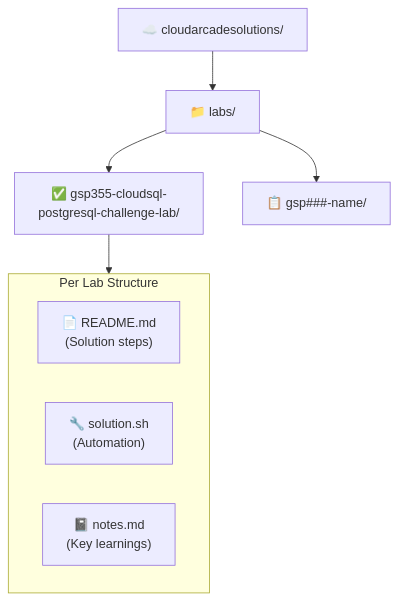
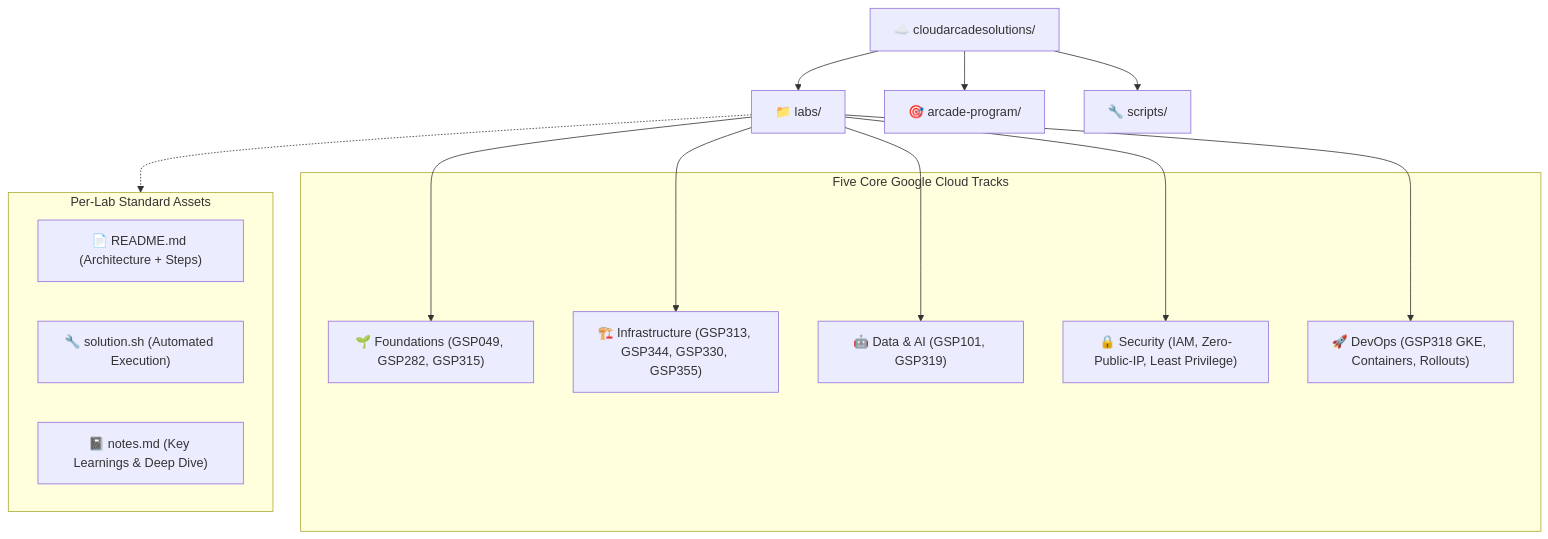
The diagram in README.md (harinish45/cloudarcadesolutions), drawn with Mermaid before and after one commit. The commit also changed other lines of this file and 43 other files, not shown here.

Commit message:
feat: complete all missing Google Cloud Arcade lab solutions, guides, and validation tooling

````diff
--- a/README.md
+++ b/README.md
@@ -21,18 +23,31 @@
 ```mermaid
-graph TB
+graph TD
     Root["☁️ cloudarcadesolutions/"]
     Labs["📁 labs/"]
-    Lab1["✅ gsp355-cloudsql-\npostgresql-challenge-lab/"]
-    LabN["📋 gsp###-name/"]
+    Arcade["🎯 arcade-program/"]
+    Scripts["🔧 scripts/"]
 
-    subgraph LabStructure["Per Lab Structure"]
-        Readme["📄 README.md\n(Solution steps)"]
-        Script["🔧 solution.sh\n(Automation)"]
-        Notes["📓 notes.md\n(Key learnings)"]
+    subgraph TrackStructure["Five Core Google Cloud Tracks"]
+        Foundations["🌱 Foundations (GSP049, GSP282, GSP315)"]
+        Infra["🏗️ Infrastructure (GSP313, GSP344, GSP330, GSP355)"]
+        DataAI["🤖 Data & AI (GSP101, GSP319)"]
+        Security["🔒 Security (IAM, Zero-Public-IP, Least Privilege)"]
+        DevOps["🚀 DevOps (GSP318 GKE, Containers, Rollouts)"]
+    end
+
+    subgraph LabStandard["Per-Lab Standard Assets"]
+        Readme["📄 README.md (Architecture + Steps)"]
+        Script["🔧 solution.sh (Automated Execution)"]
+        Notes["📓 notes.md (Key Learnings & Deep Dive)"]
     end
 
     Root --> Labs
-    Labs --> Lab1
-    Labs --> LabN
-    Lab1 --> LabStructure
+    Root --> Arcade
+    Root --> Scripts
+    Labs --> Foundations
+    Labs --> Infra
+    Labs --> DataAI
+    Labs --> Security
+    Labs --> DevOps
+    Labs -.-> LabStandard
 ```
````
